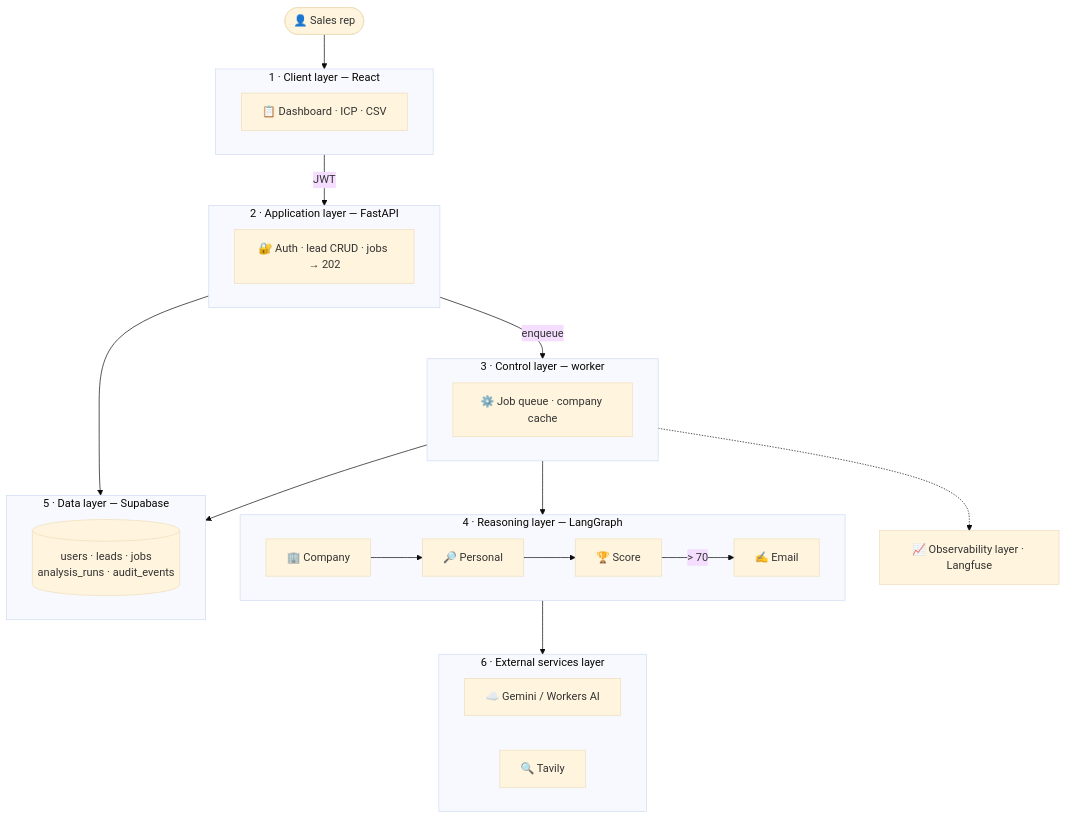
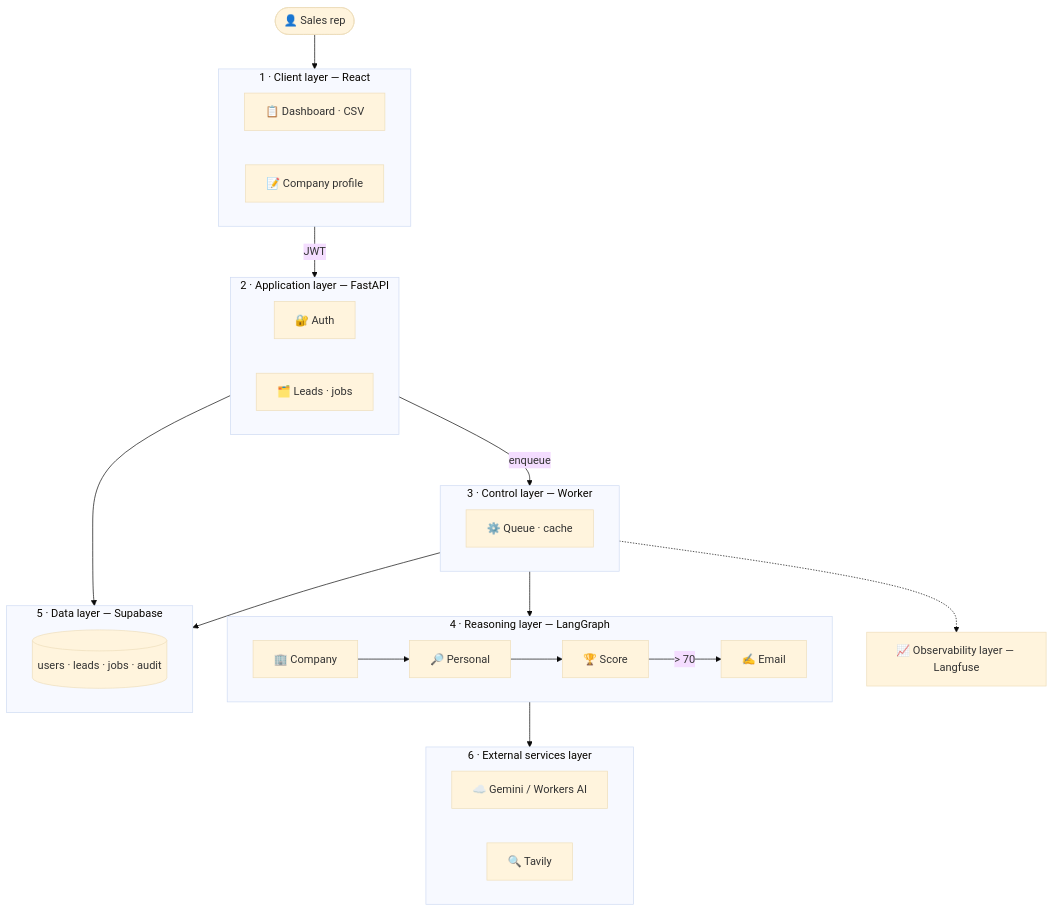
The diagram in README.md (VIVPM/multi-crew-leads-dashboard), drawn with Mermaid (base theme) before and after one commit. The commit also changed other lines of this file, not shown here.

````diff
--- a/README.md
+++ b/README.md
@@ -23,42 +23,43 @@
 ```mermaid
 graph TD
     User(["👤 Sales rep"])
 
     subgraph CLIENT ["1 · Client layer — React"]
-        UI["📋 Dashboard · ICP · CSV"]
+        UI["📋 Dashboard · CSV"]
+        ICP["📝 Company profile"]
     end
 
     subgraph APP ["2 · Application layer — FastAPI"]
-        API["🔐 Auth · lead CRUD · jobs → 202"]
+        Auth["🔐 Auth"]
+        REST["🗂️ Leads · jobs"]
     end
 
-    subgraph CTRL ["3 · Control layer — worker"]
-        Claim["⚙️ Job queue · company cache"]
+    subgraph CTRL ["3 · Control layer — Worker"]
+        Claim["⚙️ Queue · cache"]
     end
 
     subgraph AI ["4 · Reasoning layer — LangGraph"]
-        direction LR
-        A2["🏢 Company"] --> A1["🔎 Personal"] --> A3["🏆 Score"] -->|"> 70"| E1["✍️ Email"]
+        A2["🏢 Company"] --> A1["🔎 Personal"] --> A3["🏆 Score"]
+        A3 -->|"> 70"| E1["✍️ Email"]
     end
 
     subgraph DATA ["5 · Data layer — Supabase"]
-        Tbls[("users · leads · jobs<br>analysis_runs · audit_events")]
+        Tbls[("users · leads · jobs · audit")]
     end
 
     subgraph EXT ["6 · External services layer"]
-        direction LR
         LLM["☁️ Gemini / Workers AI"]
         Tavily["🔍 Tavily"]
     end
 
-    OBS["📈 Observability layer · Langfuse"]
+    OBS["📈 Observability layer — Langfuse"]
 
     User --> CLIENT
     CLIENT -->|JWT| APP
     APP --> DATA
     APP -->|enqueue| CTRL
     CTRL --> AI
     AI --> EXT
     CTRL --> DATA
     CTRL -.-> OBS
 ```
````
